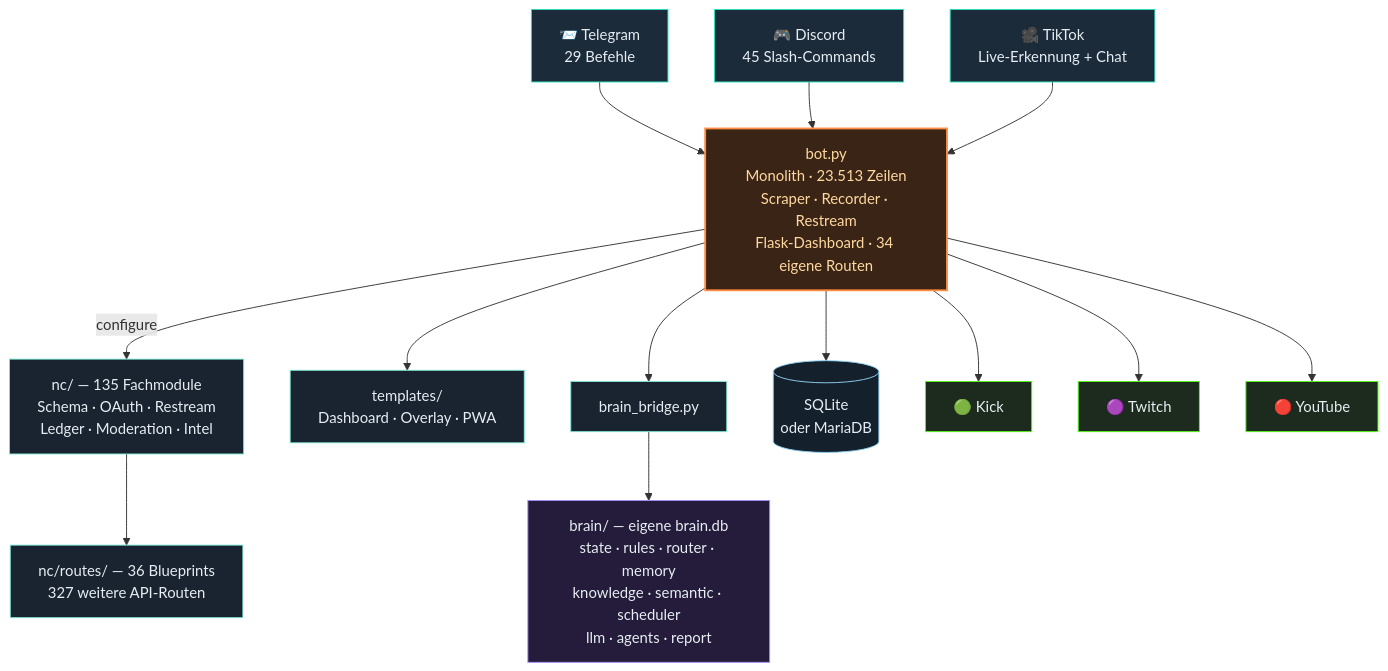
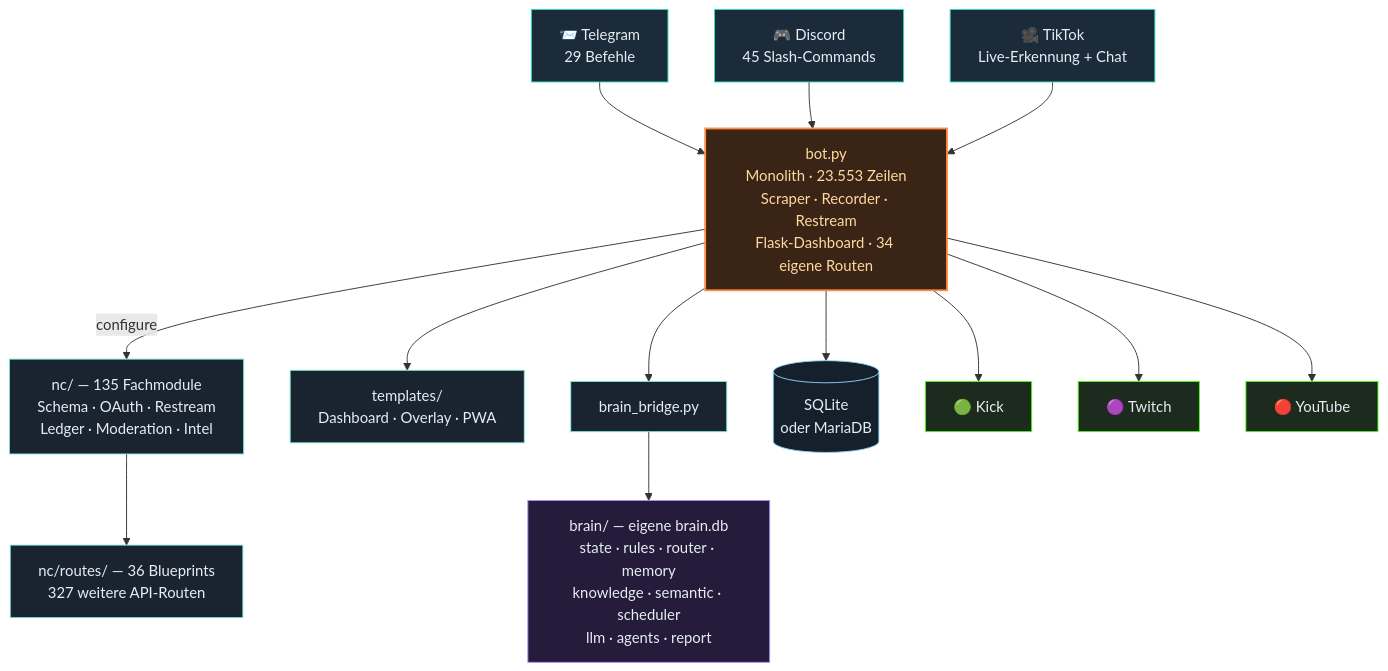
One commit to itsamemedev/Telegram-Stream-Info-Bot changed the third of 4 diagrams in README.md. Above: the diagram before and after it, drawn with Mermaid. The commit also changed other lines of this file and 12 other files, not shown here.

````diff
--- a/README.md
+++ b/README.md
@@ -189,30 +189,30 @@
 ```mermaid
 flowchart TB
     TG["📨 Telegram<br/>29 Befehle"]:::ein
     DC["🎮 Discord<br/>45 Slash-Commands"]:::ein
     TT["🎥 TikTok<br/>Live-Erkennung + Chat"]:::ein
 
     TG --> BOT
     DC --> BOT
     TT --> BOT
 
-    BOT["bot.py<br/>Monolith · 23.513 Zeilen<br/>Scraper · Recorder · Restream<br/>Flask-Dashboard · 34 eigene Routen"]:::core
+    BOT["bot.py<br/>Monolith · 23.553 Zeilen<br/>Scraper · Recorder · Restream<br/>Flask-Dashboard · 34 eigene Routen"]:::core
 
     BOT -->|configure| NC["nc/ — 135 Fachmodule<br/>Schema · OAuth · Restream<br/>Ledger · Moderation · Intel"]:::lib
     NC --> RT["nc/routes/ — 36 Blueprints<br/>327 weitere API-Routen"]:::lib
     BOT --> TPL["templates/<br/>Dashboard · Overlay · PWA"]:::lib
     BOT --> BR["brain_bridge.py"]:::lib
     BR --> BRAIN["brain/ — eigene brain.db<br/>state · rules · router · memory<br/>knowledge · semantic · scheduler<br/>llm · agents · report"]:::brain
     BOT --> DB[("SQLite<br/>oder MariaDB")]:::db
 
     BOT --> KICK["🟢 Kick"]:::out
     BOT --> TW["🟣 Twitch"]:::out
     BOT --> YT["🔴 YouTube"]:::out
 
     classDef ein fill:#1c2b3a,stroke:#2de1c2,color:#e6edf3
     classDef core fill:#3a2415,stroke:#ff8c42,stroke-width:2px,color:#ffd9a0
     classDef lib fill:#1a2430,stroke:#7fe7d4,color:#e6edf3
     classDef brain fill:#241c3a,stroke:#a78bfa,color:#e6edf3
     classDef db fill:#14202c,stroke:#8fd3f4,color:#e6edf3
     classDef out fill:#1c2b1e,stroke:#53fc18,color:#e6edf3
 ```
````
